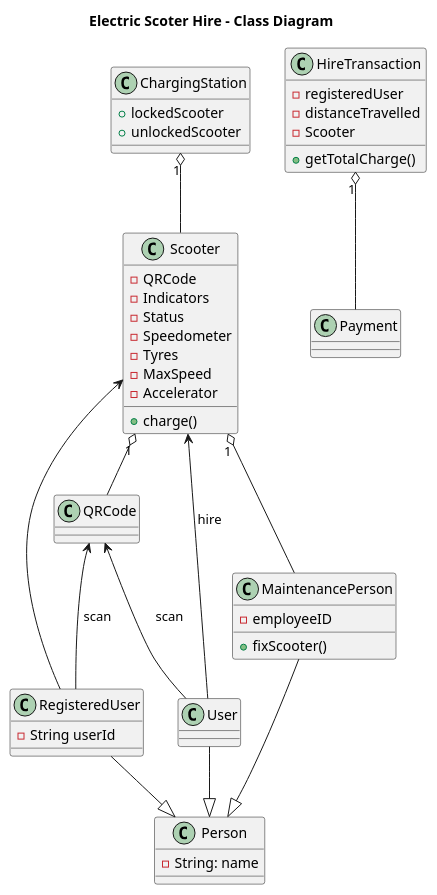
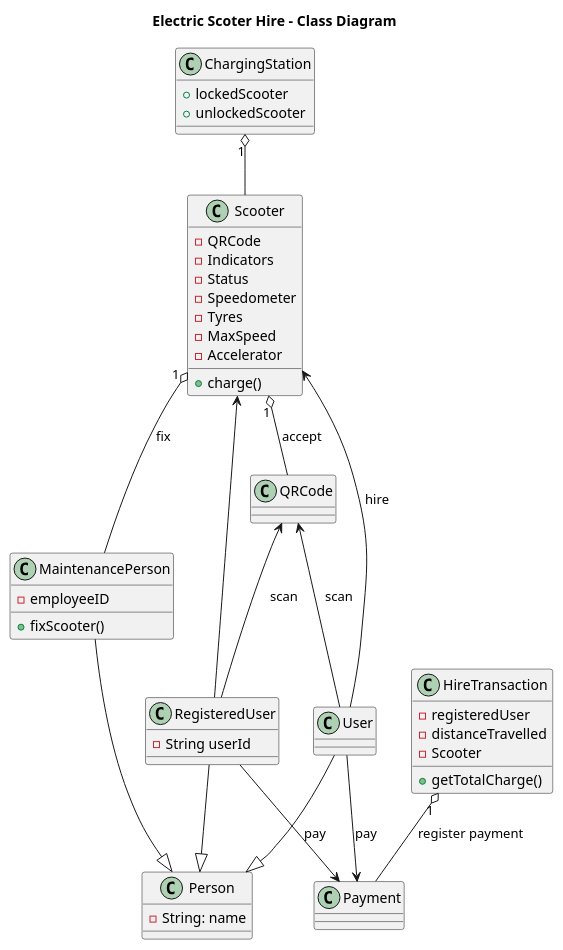
The diagram in UML/scooterClass1.puml (Halima1997/mv-bootcamp), drawn with PlantUML before and after one commit. The commit also changed 7 other files, not shown here.

```diff
--- a/UML/scooterClass1.puml
+++ b/UML/scooterClass1.puml
@@ -1,66 +1,69 @@
 
 title Electric Scoter Hire - Class Diagram
 
 
 class Scooter {
     - QRCode
     - Indicators
     - Status 
     - Speedometer
     - Tyres
     - MaxSpeed
     - Accelerator
     + charge()
     
 
 }
 
 class RegisteredUser {
     - String userId 
 }
 
 class User {
 
 }
 
 class Payment {
 
 }
 
 class ChargingStation {
 
     + lockedScooter
     + unlockedScooter
 }
 
 class HireTransaction {
     - registeredUser
     - distanceTravelled
     - Scooter 
     + getTotalCharge()
 }
 
 class MaintenancePerson {
     -employeeID
     + fixScooter()
 }
 
 class Person {
     - String: name
 }
 
 Scooter <-- User: hire
 QRCode <-- User: scan
 ChargingStation "1" o-- Scooter
 User --|> Person
 MaintenancePerson --|> Person
-Scooter "1" o-- MaintenancePerson
-Scooter "1" o-- QRCode
+Scooter "1" o-- MaintenancePerson: fix
+Scooter "1" o-- QRCode: accept
 RegisteredUser --|> Person
 Scooter <-- RegisteredUser
 QRCode <-- RegisteredUser: scan
-HireTransaction "1" o-- Payment
+HireTransaction "1" o-- Payment: register payment
+User --> Payment: pay
+RegisteredUser --> Payment: pay
+
 
 class QRCode {
 
 }
```
